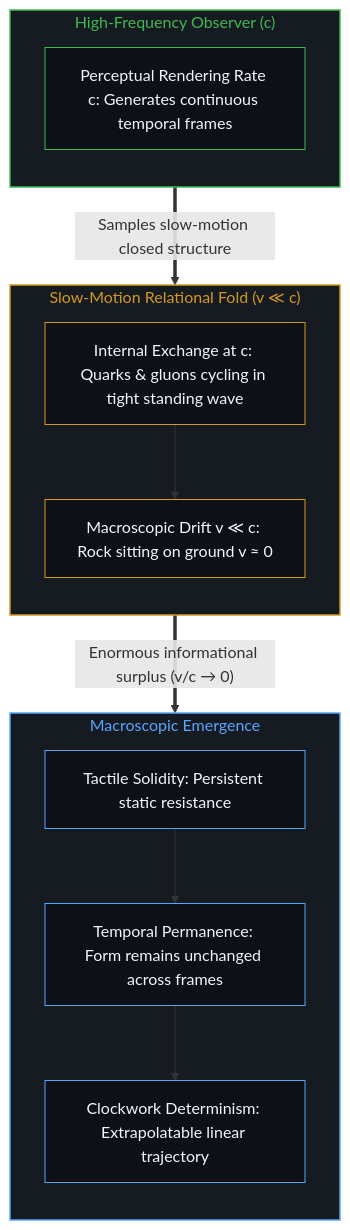
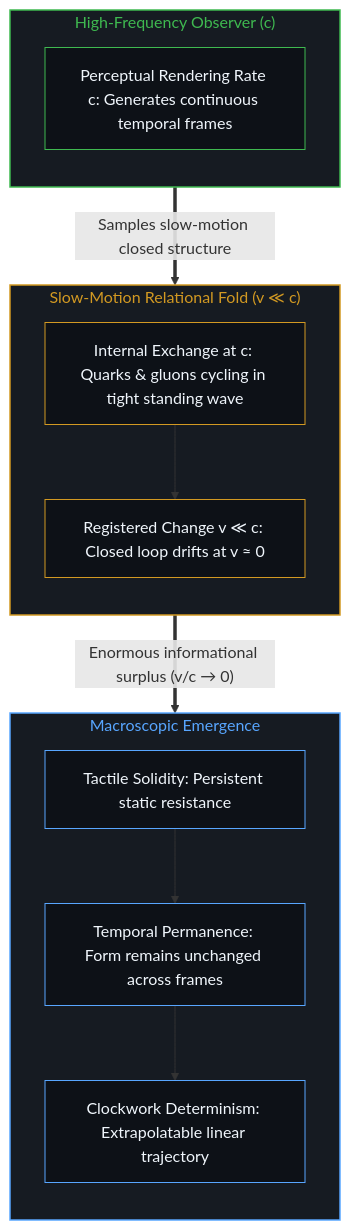
Before and after one commit to powerpig99/not-a-toe: the sixth of 10 diagrams in content/posts/the-velocity-of-visibility.md, drawn with Mermaid. The commit also changed other lines of this file and 27 other files, not shown here.

````diff
--- a/content/posts/the-velocity-of-visibility.md
+++ b/content/posts/the-velocity-of-visibility.md
@@ -165,31 +165,31 @@
 ```mermaid
 flowchart TD
     subgraph S_FastMind["High-Frequency Observer (c)"]
         direction TB
         MindClock["Perceptual Rendering Rate c: Generates continuous temporal frames"]
     end
     subgraph S_SlowMatter["Slow-Motion Relational Fold (v ≪ c)"]
         direction TB
         InternalSpin["Internal Exchange at c: Quarks & gluons cycling in tight standing wave"]
-        MacroMotion["Macroscopic Drift v ≪ c: Rock sitting on ground v ≈ 0"]
+        MacroMotion["Registered Change v ≪ c: Closed loop drifts at v ≈ 0"]
         InternalSpin --> MacroMotion
     end
     subgraph S_Projection["Macroscopic Emergence"]
         direction TB
         Solidity["Tactile Solidity: Persistent static resistance"]
         Permanence["Temporal Permanence: Form remains unchanged across frames"]
         Determinism["Clockwork Determinism: Extrapolatable linear trajectory"]
         Solidity --> Permanence --> Determinism
     end
     MindClock ==>|"Samples slow-motion closed structure"| InternalSpin
     MacroMotion ==>|"Enormous informational surplus (v/c → 0)"| Solidity
     style S_FastMind fill:#161b22,stroke:#3fb950,stroke-width:1.5px,color:#3fb950
     style S_SlowMatter fill:#161b22,stroke:#d29922,stroke-width:1.5px,color:#d29922
     style S_Projection fill:#161b22,stroke:#58a6ff,stroke-width:1.5px,color:#58a6ff
     style MindClock fill:#0d1117,stroke:#3fb950,stroke-width:1px,color:#f0f6fc
     style InternalSpin fill:#0d1117,stroke:#d29922,stroke-width:1px,color:#f0f6fc
     style MacroMotion fill:#0d1117,stroke:#d29922,stroke-width:1px,color:#f0f6fc
     style Solidity fill:#0d1117,stroke:#58a6ff,stroke-width:1px,color:#f0f6fc
     style Permanence fill:#0d1117,stroke:#58a6ff,stroke-width:1px,color:#f0f6fc
     style Determinism fill:#0d1117,stroke:#58a6ff,stroke-width:1px,color:#f0f6fc
 ```
````
